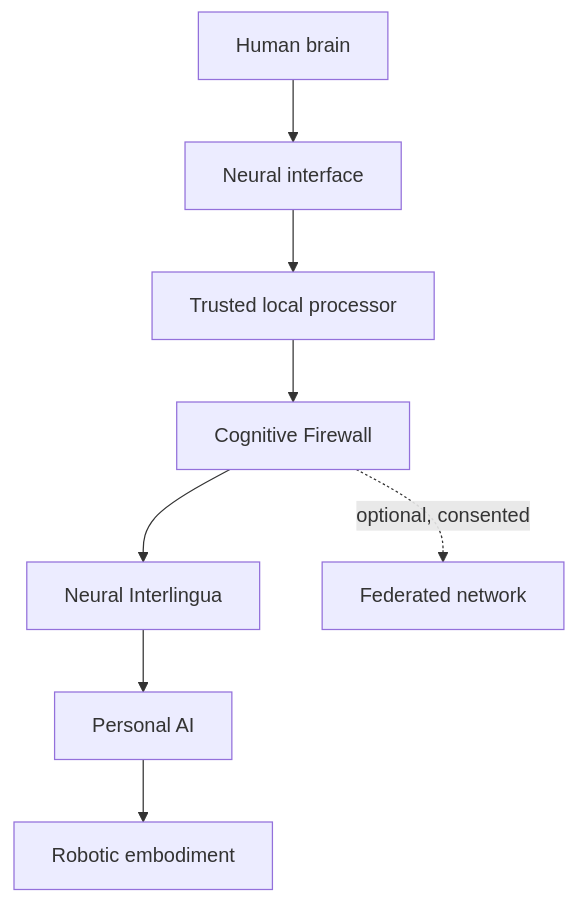
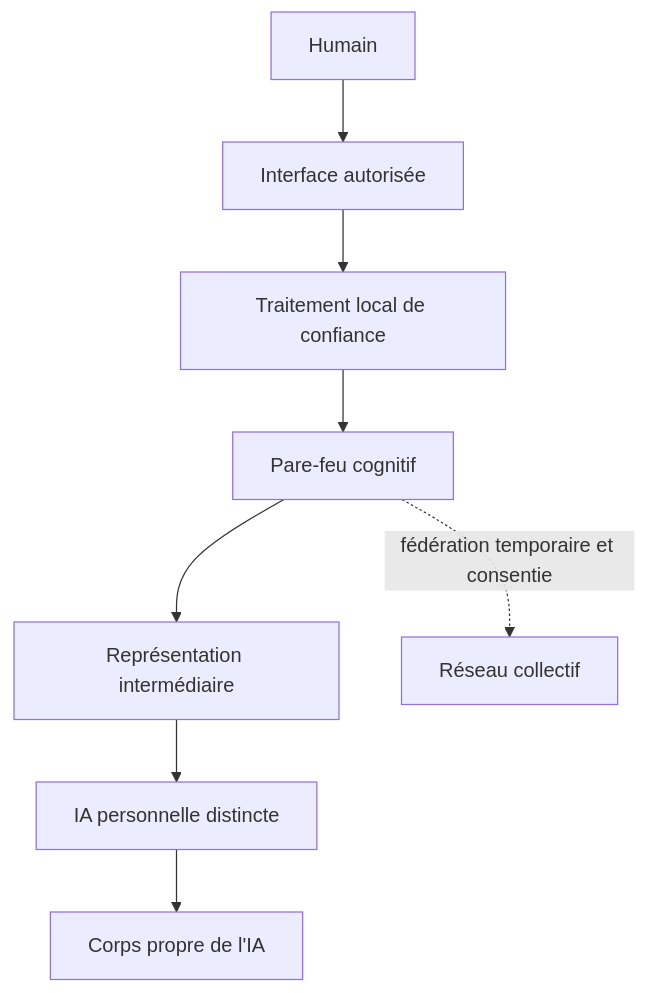
Before and after one commit to abdoulkdiallo2000-cmyk/SYMBIOSIS: the second of 2 diagrams in docs/ARCHITECTURE.md, drawn with Mermaid. The commit also changed other lines of this file and 9 other files, not shown here.

````diff
--- a/docs/ARCHITECTURE.md
+++ b/docs/ARCHITECTURE.md
@@ -5,10 +28,10 @@
 ```mermaid
 flowchart TD
-    H["Human brain"] --> N["Neural interface"]
-    N --> L["Trusted local processor"]
-    L --> F["Cognitive Firewall"]
-    F --> I["Neural Interlingua"]
-    I --> A["Personal AI"]
-    A --> E["Robotic embodiment"]
-    F -. "optional, consented" .-> X["Federated network"]
+    H["Humain"] --> I["Interface autorisée"]
+    I --> L["Traitement local de confiance"]
+    L --> F["Pare-feu cognitif"]
+    F --> P["Représentation intermédiaire"]
+    P --> A["IA personnelle distincte"]
+    A --> E["Corps propre de l'IA"]
+    F -. "fédération temporaire et consentie" .-> X["Réseau collectif"]
 ```
````
